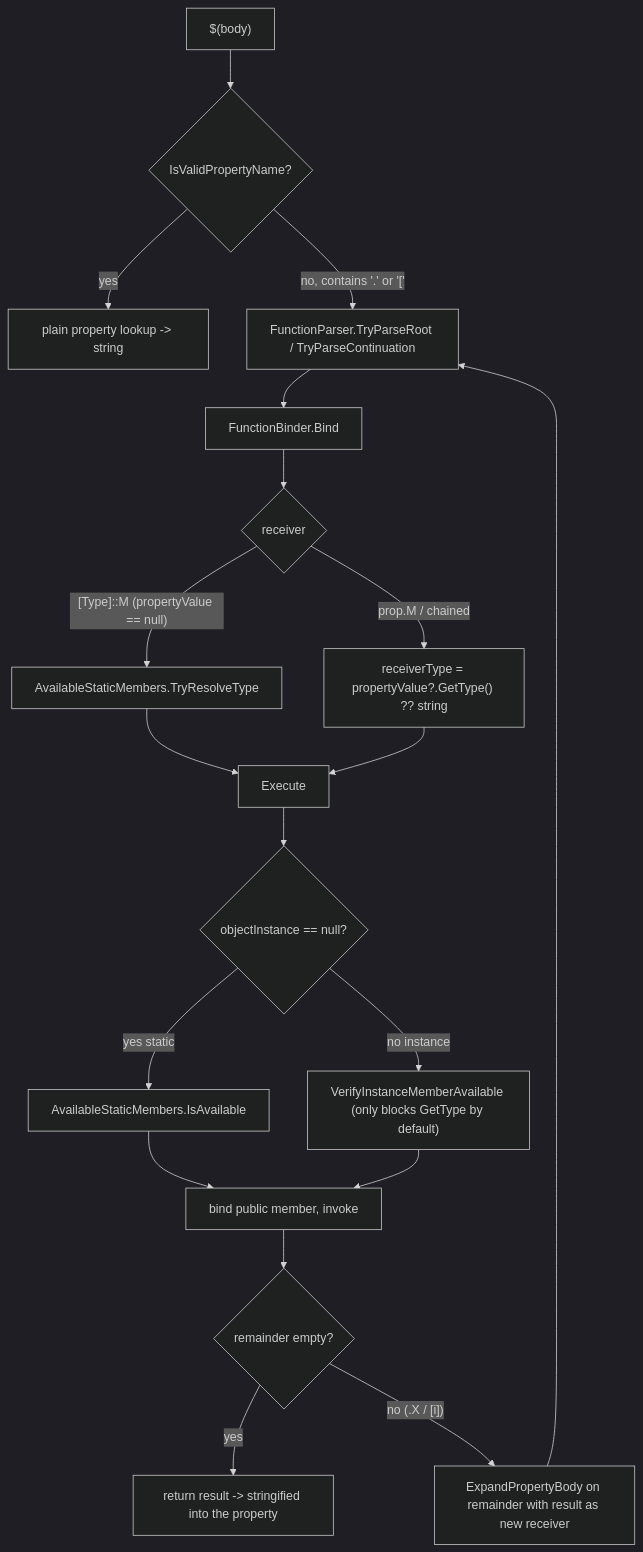
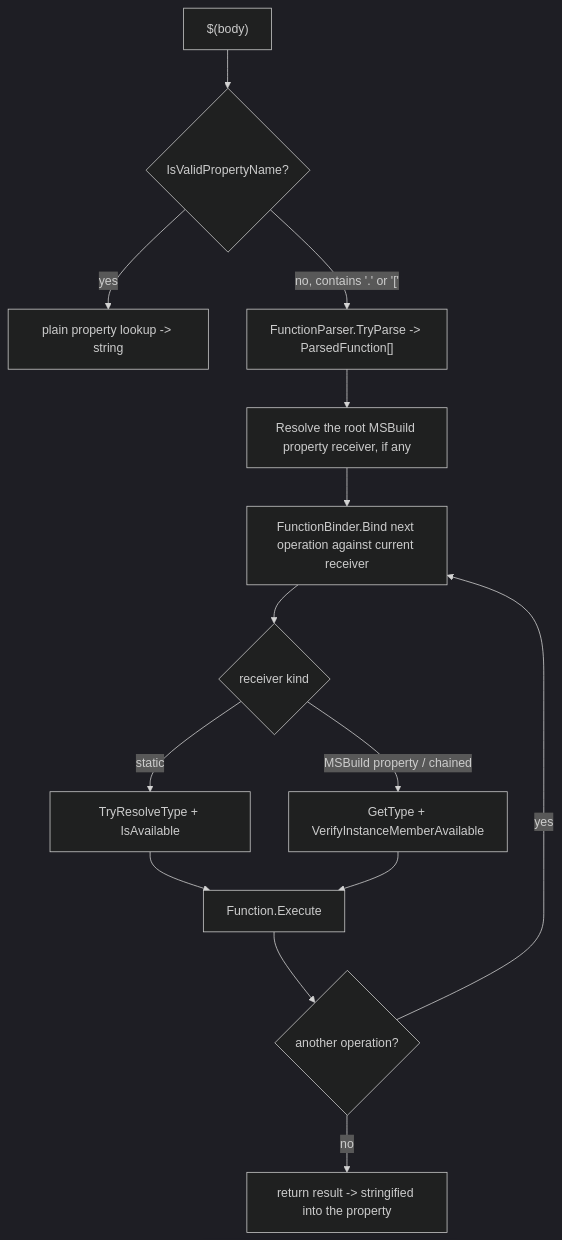
One commit to DustinCampbell/msbuild changed the diagram in documentation/aot/property-functions-reachability.md. Above: the diagram before and after it, drawn with Mermaid (dark theme). The commit also changed other lines of this file and 9 other files, not shown here.

First line of the commit message:
Parse complete property function chains

````diff
--- a/documentation/aot/property-functions-reachability.md
+++ b/documentation/aot/property-functions-reachability.md
@@ -74,21 +74,16 @@
 ```mermaid
 flowchart TD
     A["$(body)"] --> B{IsValidPropertyName?}
     B -->|yes| P[plain property lookup -> string]
-    B -->|"no, contains '.' or '['"| C["FunctionParser.TryParseRoot / TryParseContinuation"]
-    C --> BIND[FunctionBinder.Bind]
-    BIND --> D{receiver}
-    D -->|"[Type]::M (propertyValue == null)"| E[AvailableStaticMembers.TryResolveType]
-    D -->|"prop.M / chained"| F["receiverType = propertyValue?.GetType() ?? string"]
-    E --> G[Execute]
-    F --> G[Execute]
-    G --> H{objectInstance == null?}
-    H -->|yes static| I[AvailableStaticMembers.IsAvailable]
-    H -->|no instance| J["VerifyInstanceMemberAvailable (only blocks GetType by default)"]
-    I --> K[bind public member, invoke]
-    J --> K
-    K --> L{remainder empty?}
-    L -->|yes| M[return result -> stringified into the property]
-    L -->|"no (.X / [i])"| C2[ExpandPropertyBody on remainder with result as new receiver]
-    C2 --> C
+    B -->|"no, contains '.' or '['"| C["FunctionParser.TryParse -> ParsedFunction[]"]
+    C --> R["Resolve the root MSBuild property receiver, if any"]
+    R --> BIND["FunctionBinder.Bind next operation against current receiver"]
+    BIND --> D{receiver kind}
+    D -->|static| E["TryResolveType + IsAvailable"]
+    D -->|"MSBuild property / chained"| F["GetType + VerifyInstanceMemberAvailable"]
+    E --> G[Function.Execute]
+    F --> G
+    G --> H{another operation?}
+    H -->|yes| BIND
+    H -->|no| M[return result -> stringified into the property]
 ```
````
